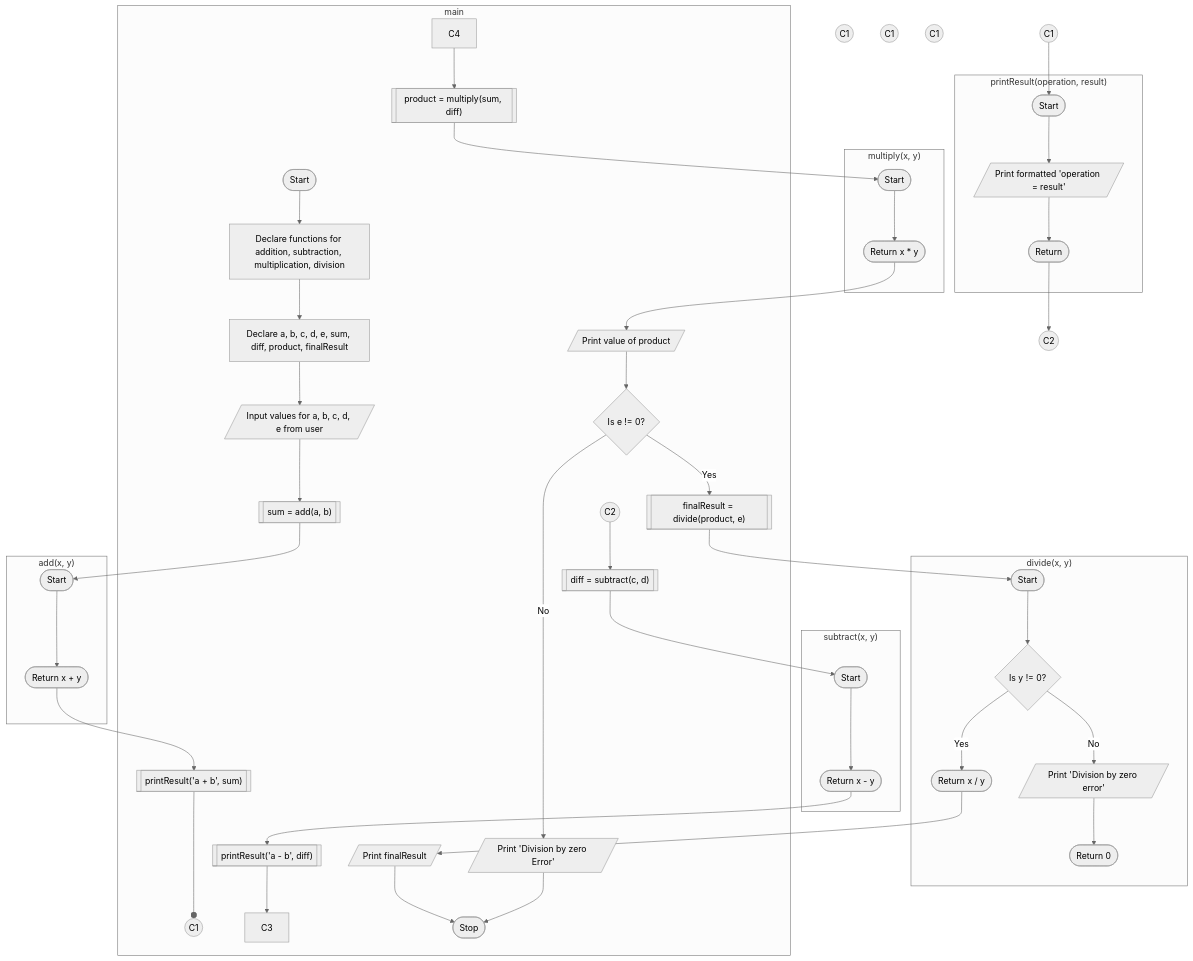
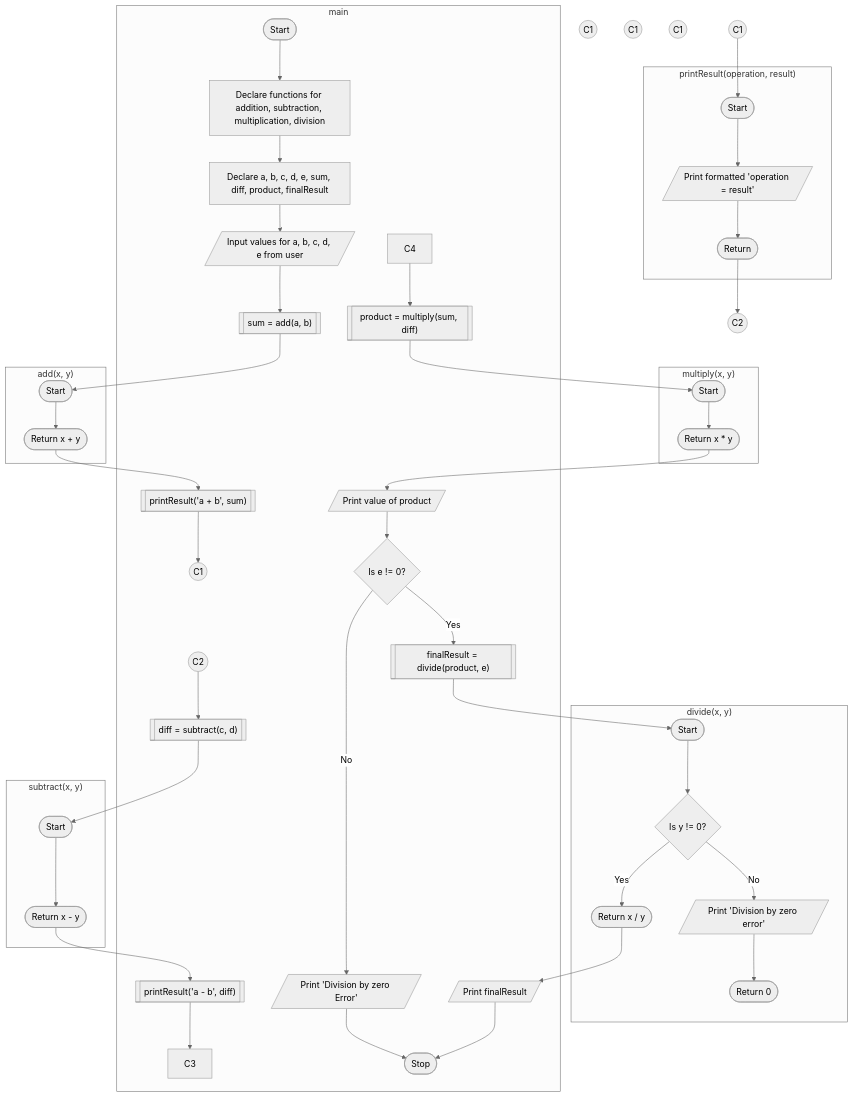
Before and after one commit to Vinit-source/Programming-for-problem-solving: the diagram in PR/P7 - Functions.md, drawn with Mermaid (neutral theme). The commit also changed other lines of this file, not shown here.

Commit message:
PR/P7 - Functions.md updated from https://stackedit.io/

````diff
--- a/PR/P7 - Functions.md
+++ b/PR/P7 - Functions.md
@@ -20,67 +20,68 @@
 ```mermaid
 graph TD;
 
 subgraph "add(x, y)" 
 	addStart([Start]);
 	B1([Return x + y]);
 	addStart --> B1;
 end
 subgraph "subtract(x, y)"
 	subStart([Start]);
 	B2([Return x - y]);
 	subStart --> B2;
 end
 subgraph "multiply(x, y)"
 	mulStart([Start]);
 	B3([Return x * y]);
 	mulStart --> B3;
 end
 subgraph "divide(x, y)"
 	divStart([Start]);
 	J{Is y != 0?};
     J -- Yes --> K([Return x / y]);
     J -- No --> M[/Print 'Division by zero error'/];
     divStart --> J;
     M --> MR([Return 0]);
 end
 subgraph "printResult(operation, result)"
 	printStart([Start]);
 	P[/Print formatted 'operation = result'/];
 	R([Return]);
 	printStart --> P;
 	P --> R;
 end
 CAS1((C1));
 CAS2((C1));
 CAE1((C2));
 CAE2((C2));
 C5((C1));
 C6((C1));
 C7((C1));
 CAS2 --> printStart;
 R --> CAE1;
 
 subgraph main
     A([Start]) --> B[Declare functions for addition, subtraction, multiplication, division];
     B --> BB[Declare a, b, c, d, e, sum, diff, product, finalResult];
     BB --> C[/Input values for a, b, c, d, e from user/];
 	C --> CB[["sum = add(a, b)"]];
 	CB --> addStart;
 	B1 --> E[["printResult('a + b', sum)"]];
-    E ---o CAS1;
+    E --> CAS1;
+    CAS1 ~~~ CAE2;
     CAE2 --> F[["diff = subtract(c, d)"]];
     F --> subStart;
     B2 --> G[["printResult('a - b', diff)"]];
     G --> C3;
     C4 --> H[["product = multiply(sum, diff)"]];
     H --> mulStart;
     B3 --> I[/Print value of product/];
     I --> DB0{Is e != 0?};
     DB0 -- Yes --> I1[["finalResult = divide(product, e)"]];
     I1 --> divStart;
     K --> L[/Print finalResult/];
     L --> N([Stop]);
     DB0 -- No --> N0[/"Print 'Division by zero Error'"/];
     N0 --> N
    end
 ```
````
